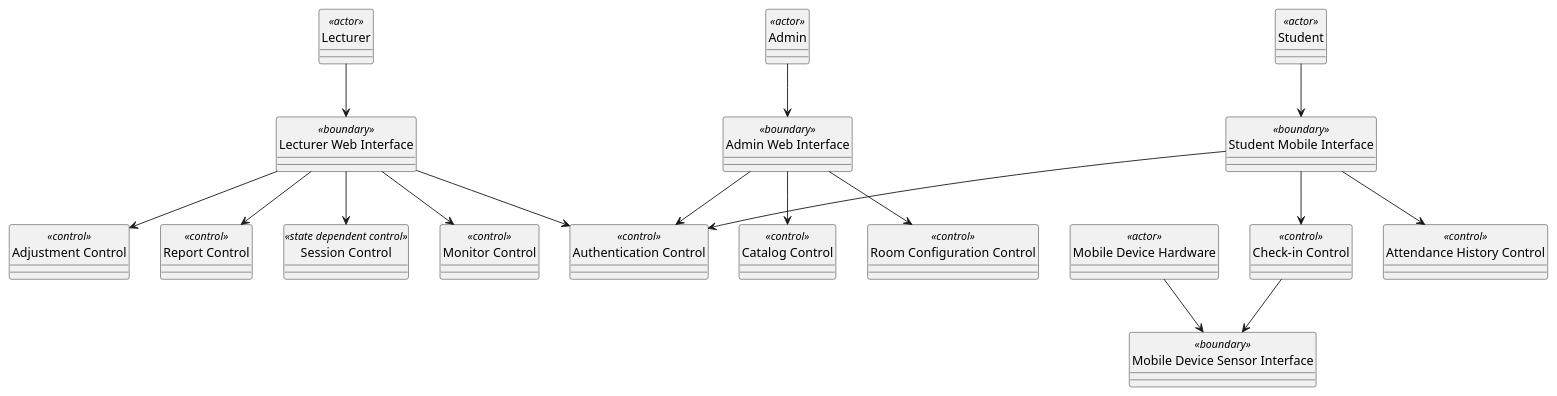
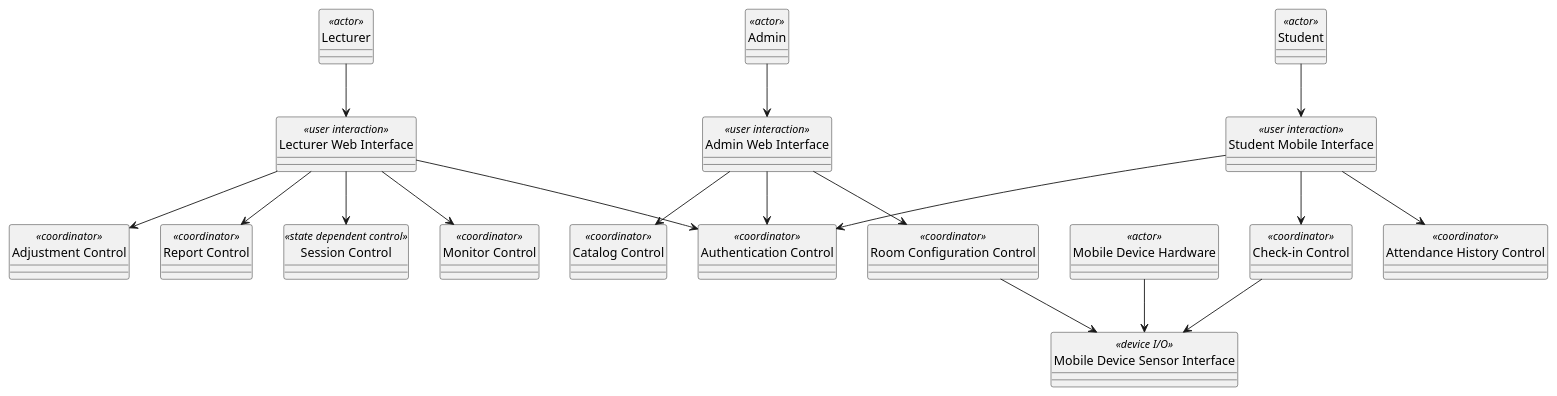
The second of 29 diagrams in docs/sds/2_Analysis.md (nttung42/SWD392), drawn with PlantUML before and after one commit. The commit also changed other lines of this file and 1 other file, not shown here.

````diff
--- a/docs/sds/2_Analysis.md
+++ b/docs/sds/2_Analysis.md
@@ -146,45 +152,46 @@
 ```plantuml
 @startuml
 skinparam style strictuml
 hide circle
 
 class "Student" as Student <<actor>>
 class "Lecturer" as Lecturer <<actor>>
 class "Admin" as Admin <<actor>>
 class "Mobile Device Hardware" as MobileHardware <<actor>>
 
-class "Student Mobile Interface" as StudentUI <<boundary>>
-class "Lecturer Web Interface" as LecturerUI <<boundary>>
-class "Admin Web Interface" as AdminUI <<boundary>>
-class "Mobile Device Sensor Interface" as MobileSensor <<boundary>>
+class "Student Mobile Interface" as StudentUI <<user interaction>>
+class "Lecturer Web Interface" as LecturerUI <<user interaction>>
+class "Admin Web Interface" as AdminUI <<user interaction>>
+class "Mobile Device Sensor Interface" as MobileSensor <<device I/O>>
 
-class "Authentication Control" as AuthControl <<control>>
-class "Check-in Control" as CheckInControl <<control>>
+class "Authentication Control" as AuthControl <<coordinator>>
+class "Check-in Control" as CheckInControl <<coordinator>>
 class "Session Control" as SessionControl <<state dependent control>>
-class "Attendance History Control" as HistoryControl <<control>>
-class "Monitor Control" as MonitorControl <<control>>
-class "Adjustment Control" as AdjustmentControl <<control>>
-class "Report Control" as ReportControl <<control>>
-class "Catalog Control" as CatalogControl <<control>>
-class "Room Configuration Control" as RoomControl <<control>>
+class "Attendance History Control" as HistoryControl <<coordinator>>
+class "Monitor Control" as MonitorControl <<coordinator>>
+class "Adjustment Control" as AdjustmentControl <<coordinator>>
+class "Report Control" as ReportControl <<coordinator>>
+class "Catalog Control" as CatalogControl <<coordinator>>
+class "Room Configuration Control" as RoomControl <<coordinator>>
 
 Student --> StudentUI
 Lecturer --> LecturerUI
 Admin --> AdminUI
 MobileHardware --> MobileSensor
 
 StudentUI --> AuthControl
 StudentUI --> CheckInControl
 StudentUI --> HistoryControl
 LecturerUI --> AuthControl
 LecturerUI --> SessionControl
 LecturerUI --> MonitorControl
 LecturerUI --> AdjustmentControl
 LecturerUI --> ReportControl
 AdminUI --> AuthControl
 AdminUI --> CatalogControl
 AdminUI --> RoomControl
 
 CheckInControl --> MobileSensor
+RoomControl --> MobileSensor
 @enduml
 ```
````
